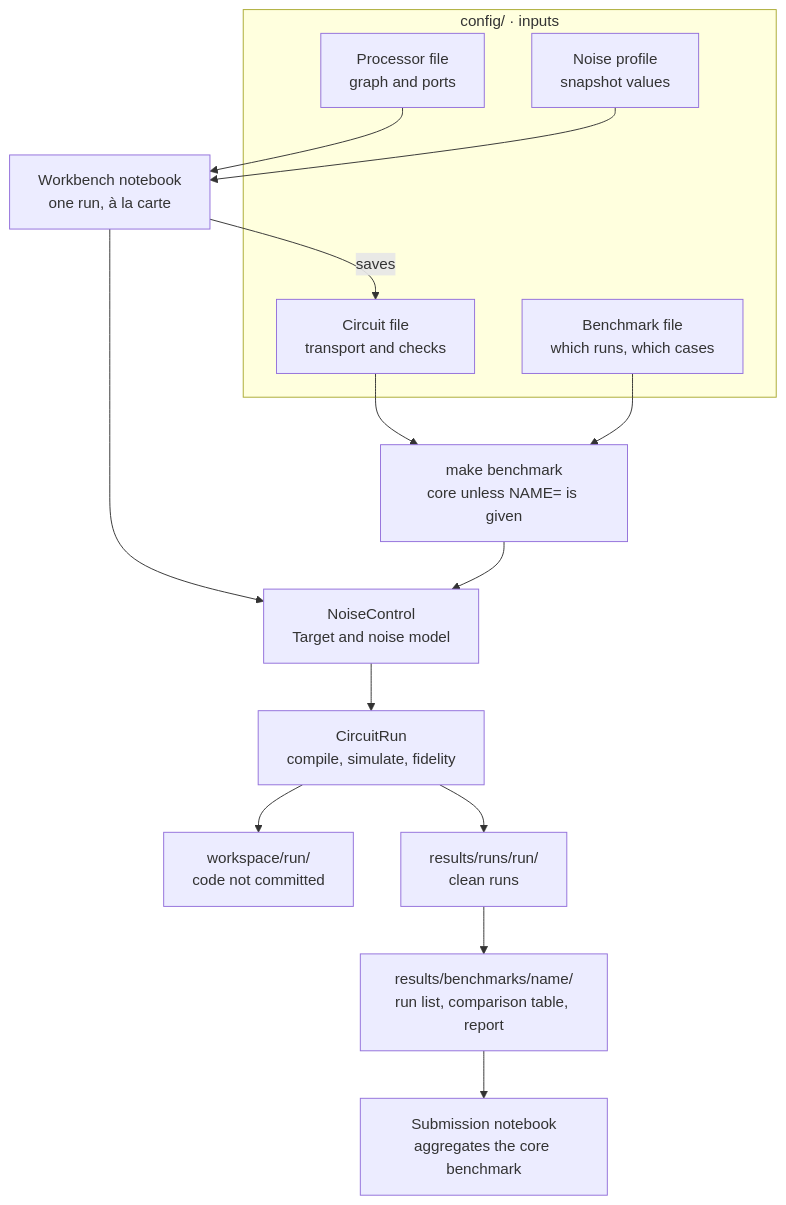
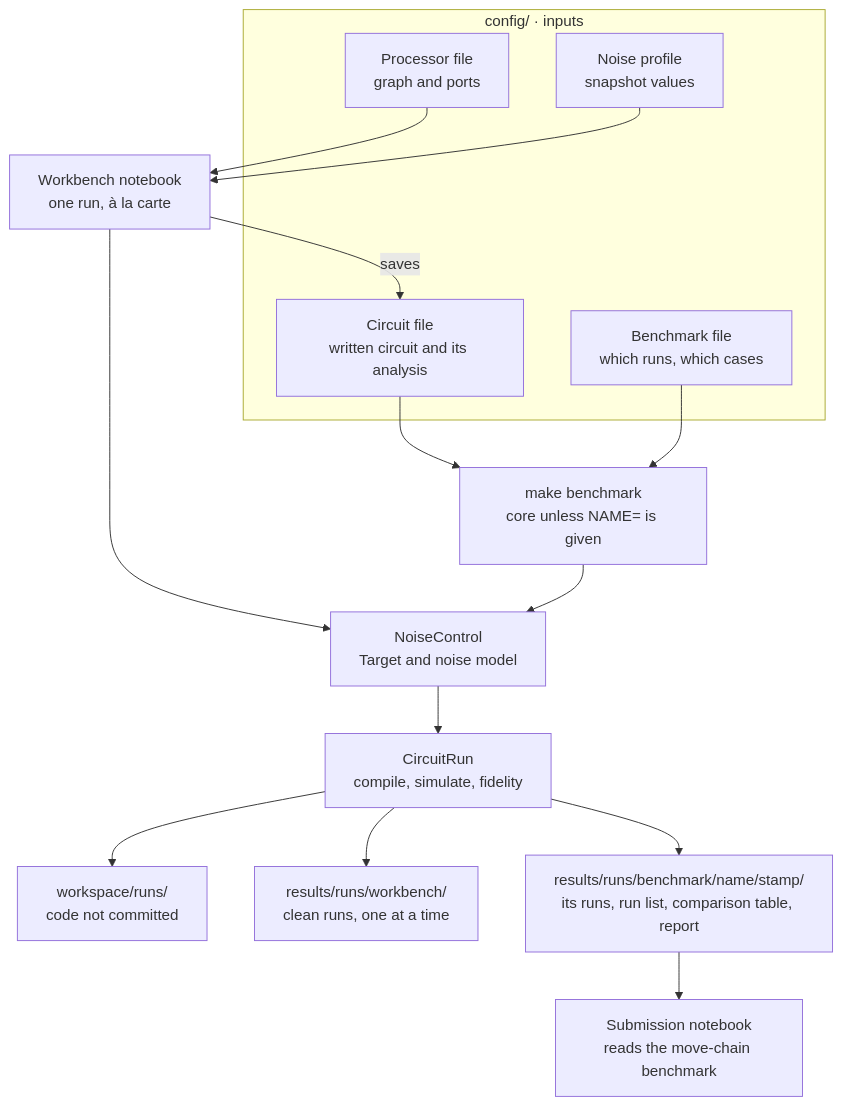
One commit to Rickory2021/bell-transport-bench changed the diagram in docs/DESIGN.md. Above: the diagram before and after it, drawn with Mermaid. The commit also changed other lines of this file, not shown here.

````diff
--- a/docs/DESIGN.md
+++ b/docs/DESIGN.md
@@ -22,27 +22,27 @@
 ```mermaid
 flowchart TD
   subgraph config["config/ · inputs"]
     P["Processor file<br/>graph and ports"]
     N["Noise profile<br/>snapshot values"]
-    C["Circuit file<br/>transport and checks"]
+    C["Circuit file<br/>written circuit and its analysis"]
     B["Benchmark file<br/>which runs, which cases"]
   end
   T["Workbench notebook<br/>one run, à la carte"]
   M["make benchmark<br/>core unless NAME= is given"]
   NC["NoiseControl<br/>Target and noise model"]
   CR["CircuitRun<br/>compile, simulate, fidelity"]
-  W["workspace/run/<br/>code not committed"]
-  R["results/runs/run/<br/>clean runs"]
-  ST["results/benchmarks/name/<br/>run list, comparison table, report"]
-  SUB["Submission notebook<br/>aggregates the core benchmark"]
+  W["workspace/runs/<br/>code not committed"]
+  R["results/runs/workbench/<br/>clean runs, one at a time"]
+  ST["results/runs/benchmark/name/stamp/<br/>its runs, run list, comparison table, report"]
+  SUB["Submission notebook<br/>reads the move-chain benchmark"]
   P & N --> T
   T -- saves --> C
   C & B --> M
   T --> NC
   M --> NC
   NC --> CR
   CR --> W
   CR --> R
-  R --> ST
+  CR --> ST
   ST --> SUB
 ```
````
